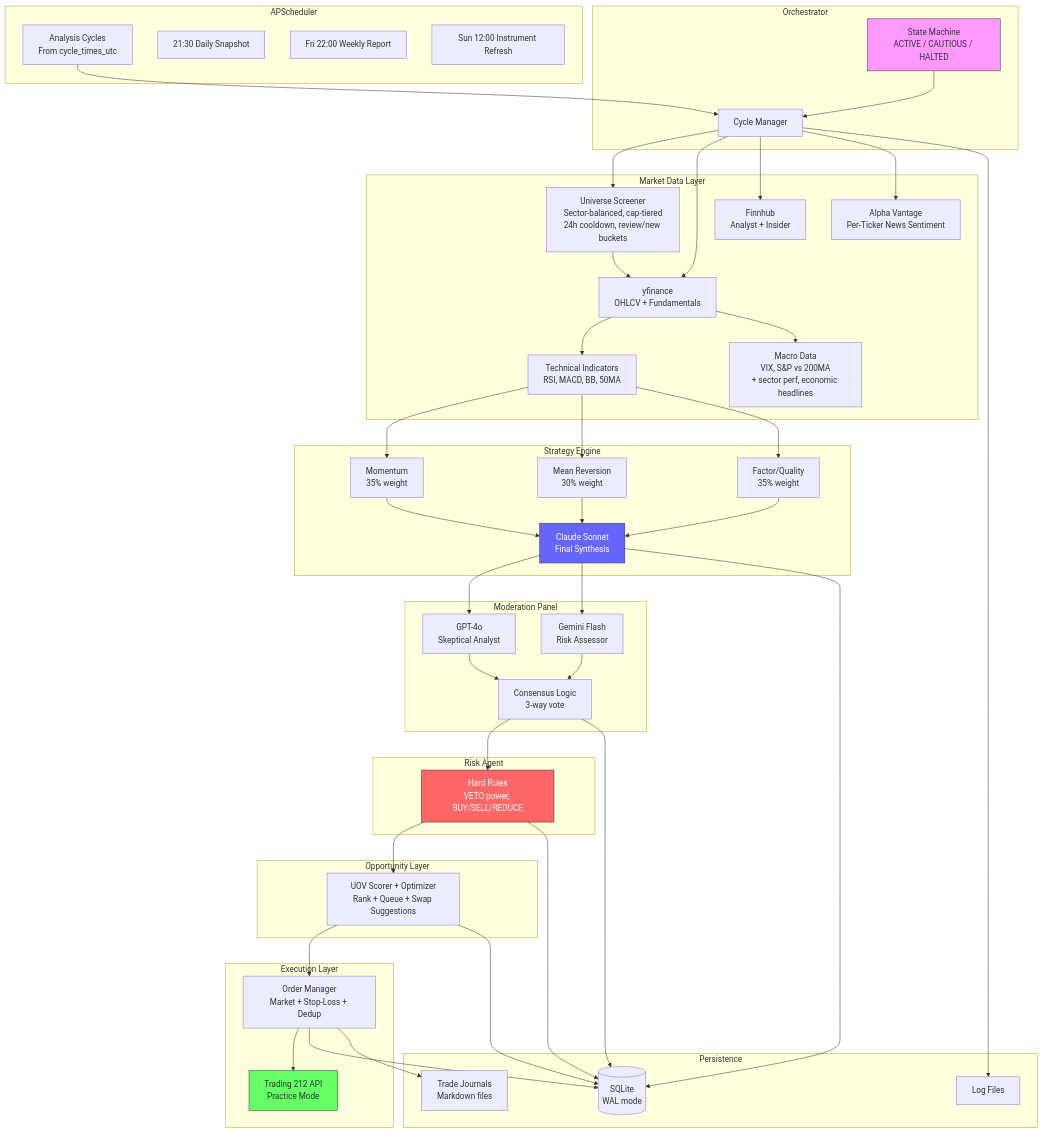
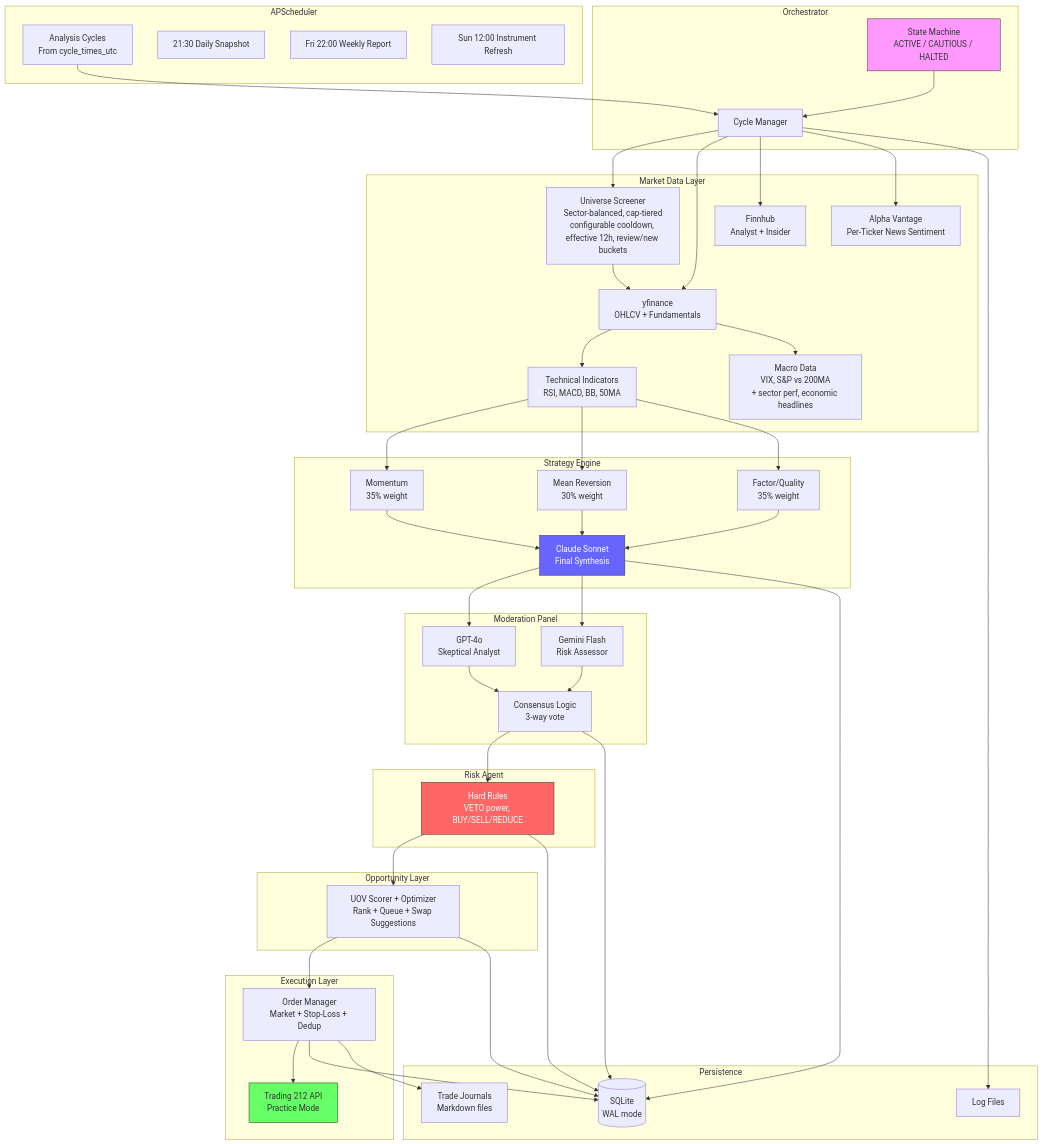
Before and after one commit to zenouz-ai/zeninvest: the first of 5 diagrams in docs/ARCHITECTURE.md, drawn with Mermaid. The commit also changed other lines of this file and 21 other files, not shown here.

```diff
--- a/docs/ARCHITECTURE.md
+++ b/docs/ARCHITECTURE.md
@@ -328,7 +329,7 @@
         AV[Alpha Vantage<br/>Per-Ticker News Sentiment]
         IND[Technical Indicators<br/>RSI, MACD, BB, 50MA]
         MACRO[Macro Data<br/>VIX, S&P vs 200MA<br/>+ sector perf, economic headlines]
-        UNIV[Universe Screener<br/>Sector-balanced, cap-tiered<br/>24h cooldown, review/new buckets]
+        UNIV[Universe Screener<br/>Sector-balanced, cap-tiered<br/>configurable cooldown, effective 12h, review/new buckets]
     end
 
     subgraph Strategy["Strategy Engine"]
```
